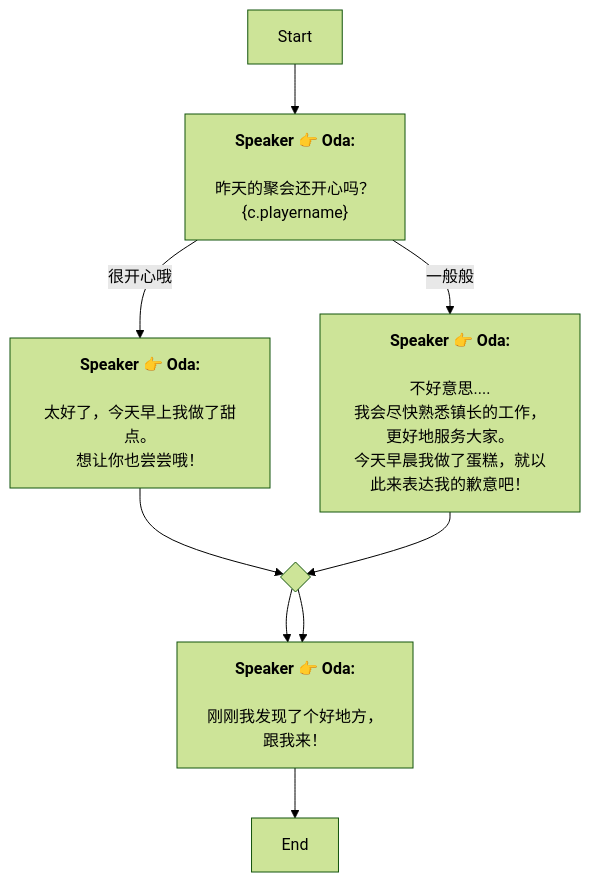
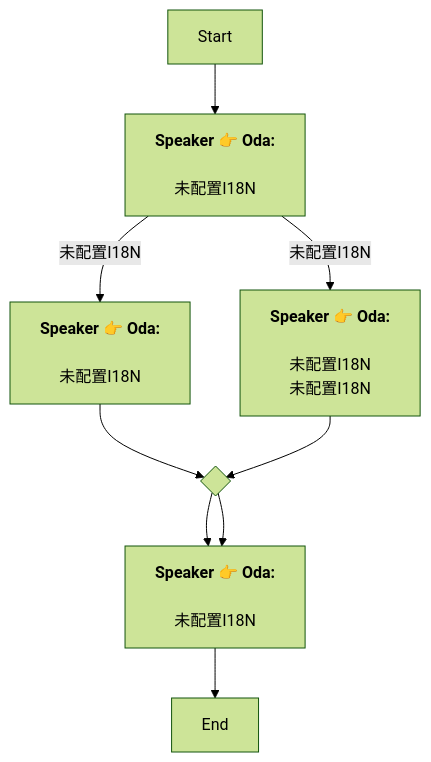
Before and after one commit to SoftHu/tos_avg: the diagram in Zh/QuestStartTalkENode_1741365690796258.md, drawn with Mermaid (forest theme). The commit also changed 730 other files, not shown here.

````diff
--- a/Zh/QuestStartTalkENode_1741365690796258.md
+++ b/Zh/QuestStartTalkENode_1741365690796258.md
@@ -1,23 +1,17 @@
 ```mermaid
 graph
 Start -->1741366051818734[<b>Speaker 👉 Oda:</b>
-\n昨天的聚会还开心吗？
-&lbrace;c.playername&rbrace;]
-1741366051818734 -->|一般般|1741840976551401[<b>Speaker 👉 Oda:</b>
-\n不好意思....
-我会尽快熟悉镇长的工作，
-更好地服务大家。\n今天早晨我做了蛋糕，就以此来表达我的歉意吧！]
-1741366051818734 -->|很开心哦|1741840770440680[<b>Speaker 👉 Oda:</b>
-\n太好了，今天早上我做了甜点。
-想让你也尝尝哦！]
+\n未配置I18N]
+1741366051818734 -->|未配置I18N|1741840976551401[<b>Speaker 👉 Oda:</b>
+\n未配置I18N\n未配置I18N]
+1741366051818734 -->|未配置I18N|1741840770440680[<b>Speaker 👉 Oda:</b>
+\n未配置I18N]
 1741840770440680 -->1741367875621124{ }
 1741367875621124 -->1741841330457066[<b>Speaker 👉 Oda:</b>
-\n刚刚我发现了个好地方，
-跟我来！]
+\n未配置I18N]
 1741367875621124 -->1741841330457066[<b>Speaker 👉 Oda:</b>
-\n刚刚我发现了个好地方，
-跟我来！]
+\n未配置I18N]
 1741841330457066 -->1741367947996422[End]
 1741840976551401 -->1741367875621124{ }
 
 ```
````
